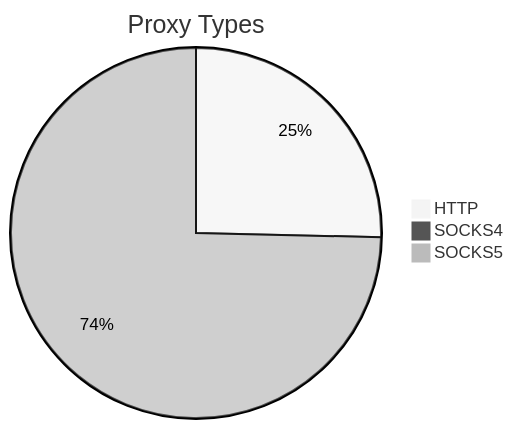
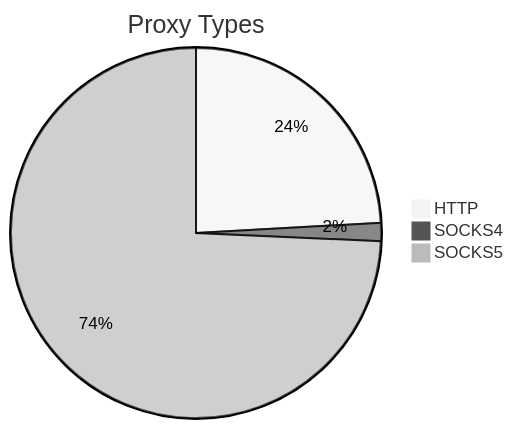
One commit to stormsia/proxy-list changed the first of 2 diagrams in README.md. Above: the diagram before and after it, drawn with Mermaid (neutral theme). The commit also changed other lines of this file, not shown here.

````diff
--- a/README.md
+++ b/README.md
@@ -21,6 +21,6 @@
 ```mermaid
 pie title Proxy Types
-    "HTTP" : 760
-    "SOCKS4" : 21
-    "SOCKS5" : 2237
+    "HTTP" : 1433
+    "SOCKS4" : 94
+    "SOCKS5" : 4414
 ```
````
